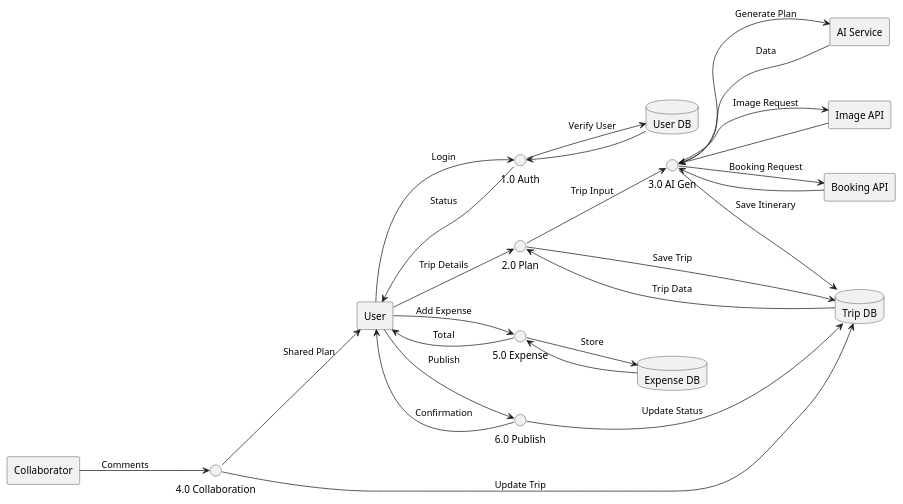
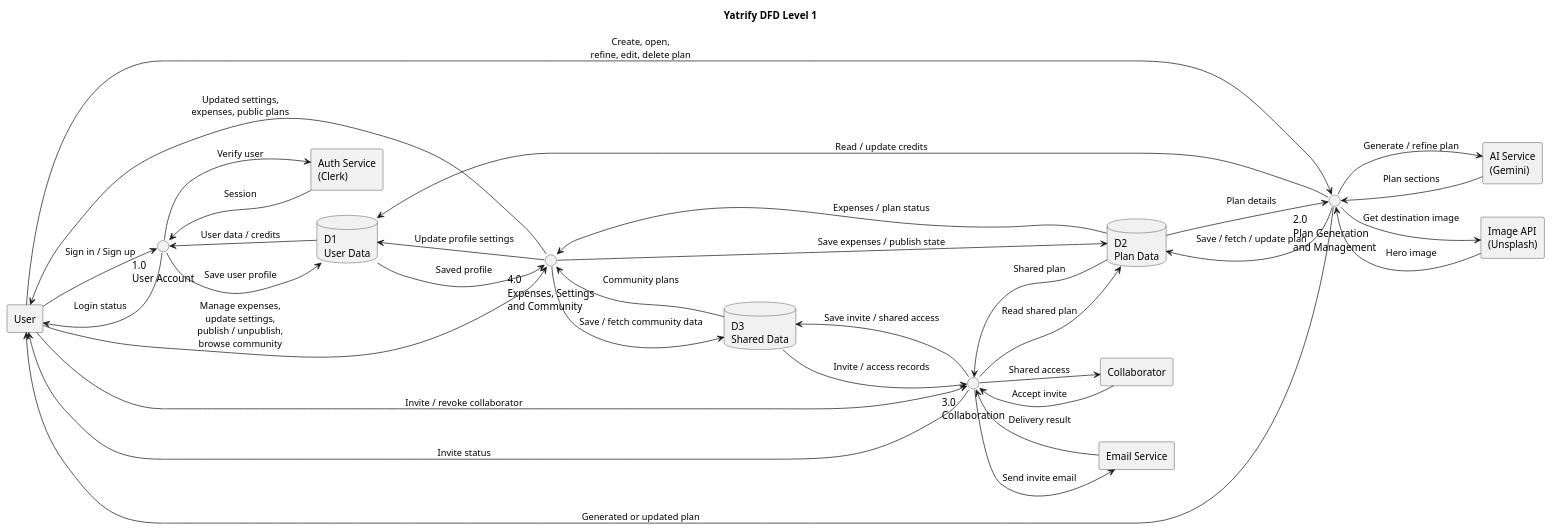
One commit to naishil19/Yatrify changed the diagram in Diagram/dfd1.plantuml. Above: the diagram before and after it, drawn with PlantUML. The commit also changed 13 other files, not shown here.

```diff
--- a/Diagram/dfd1.plantuml
+++ b/Diagram/dfd1.plantuml
@@ -1,67 +1,68 @@
 @startuml
 left to right direction
 skinparam monochrome true
 skinparam shadowing false
 
-' ================= ENTITIES =================
+title Yatrify DFD Level 1
+
+' ================= EXTERNAL ENTITIES =================
 rectangle "User" as User
 rectangle "Collaborator" as Collab
-rectangle "AI Service" as AI
-rectangle "Image API" as Img
-rectangle "Booking API" as Book
+rectangle "Auth Service\n(Clerk)" as Clerk
+rectangle "AI Service\n(Gemini)" as Gemini
+rectangle "Image API\n(Unsplash)" as Unsplash
+rectangle "Email Service" as Email
 
 ' ================= PROCESSES =================
-circle "1.0 Auth" as Auth
-circle "2.0 Plan" as Plan
-circle "3.0 AI Gen" as AIProc
-circle "4.0 Collaboration" as CollabProc
-circle "5.0 Expense" as Expense
-circle "6.0 Publish" as Publish
+circle "1.0\nUser Account" as P1
+circle "2.0\nPlan Generation\nand Management" as P2
+circle "3.0\nCollaboration" as P3
+circle "4.0\nExpenses, Settings\nand Community" as P4
 
 ' ================= DATA STORES =================
-database "User DB" as UDB
-database "Trip DB" as TDB
-database "Expense DB" as EDB
+database "D1\nUser Data" as D1
+database "D2\nPlan Data" as D2
+database "D3\nShared Data" as D3
 
-' ================= FLOW =================
+' ================= ACCOUNT FLOW =================
+User --> P1 : Sign in / Sign up
+P1 --> Clerk : Verify user
+Clerk --> P1 : Session
+P1 --> D1 : Save user profile
+D1 --> P1 : User data / credits
+P1 --> User : Login status
 
-' AUTH (Top Left)
-User --> Auth : Login
-Auth --> UDB : Verify User
-UDB --> Auth
-Auth --> User : Status
+' ================= PLAN FLOW =================
+User --> P2 : Create, open,\nrefine, edit, delete plan
+P2 --> Gemini : Generate / refine plan
+Gemini --> P2 : Plan sections
+P2 --> Unsplash : Get destination image
+Unsplash --> P2 : Hero image
+P2 --> D1 : Read / update credits
+P2 --> D2 : Save / fetch / update plan
+D2 --> P2 : Plan details
+P2 --> User : Generated or updated plan
 
-' PLAN (Center)
-User --> Plan : Trip Details
-Plan --> TDB : Save Trip
-TDB --> Plan : Trip Data
+' ================= COLLABORATION FLOW =================
+User --> P3 : Invite / revoke collaborator
+Collab --> P3 : Accept invite
+P3 --> Email : Send invite email
+Email --> P3 : Delivery result
+P3 --> D3 : Save invite / shared access
+D3 --> P3 : Invite / access records
+P3 --> D2 : Read shared plan
+D2 --> P3 : Shared plan
+P3 --> User : Invite status
+P3 --> Collab : Shared access
 
-' AI (Right)
-Plan --> AIProc : Trip Input
-AIProc --> AI : Generate Plan
-AI --> AIProc : Data
-AIProc --> TDB : Save Itinerary
-
-AIProc --> Img : Image Request
-Img --> AIProc
-
-AIProc --> Book : Booking Request
-Book --> AIProc
-
-' COLLAB (Bottom Left)
-Collab --> CollabProc : Comments
-CollabProc --> TDB : Update Trip
-CollabProc --> User : Shared Plan
-
-' EXPENSE (Bottom Center)
-User --> Expense : Add Expense
-Expense --> EDB : Store
-EDB --> Expense
-Expense --> User : Total
-
-' PUBLISH (Bottom Right)
-User --> Publish : Publish
-Publish --> TDB : Update Status
-Publish --> User : Confirmation
+' ================= OTHER FEATURES FLOW =================
+User --> P4 : Manage expenses,\nupdate settings,\npublish / unpublish,\nbrowse community
+P4 --> D1 : Update profile settings
+P4 --> D2 : Save expenses / publish state
+P4 --> D3 : Save / fetch community data
+D1 --> P4 : Saved profile
+D2 --> P4 : Expenses / plan status
+D3 --> P4 : Community plans
+P4 --> User : Updated settings,\nexpenses, public plans
 
 @enduml
```
